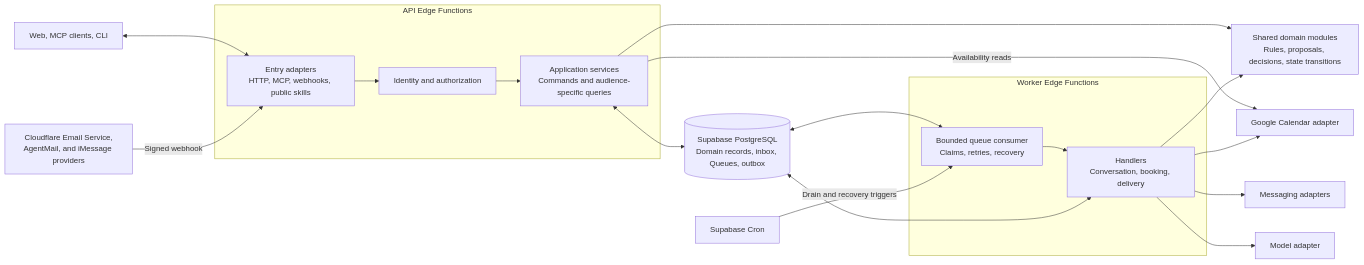
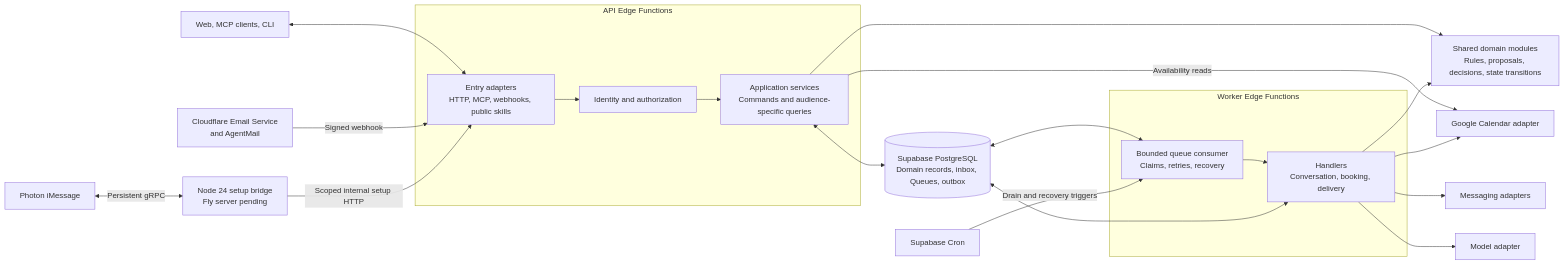
Before and after one commit to snuhcs-course/swpp-2026-project-team-01: the first of 2 diagrams in documentations/technical_specification/01_backend_architecture.md, drawn with Mermaid. The commit also changed other lines of this file and 10 other files, not shown here.

First line of the commit message:
docs(hosting): distinguish Fly preparation and trial limits from a live server

````diff
--- a/documentations/technical_specification/01_backend_architecture.md
+++ b/documentations/technical_specification/01_backend_architecture.md
@@ -15,35 +15,39 @@
 ```mermaid
 flowchart LR
     U["Web, MCP clients, CLI"]
-    P["Cloudflare Email Service,<br/>AgentMail, and iMessage providers"]
+    P["Cloudflare Email Service<br/>and AgentMail"]
+    PH["Photon iMessage"]
+    B["Node 24 setup bridge<br/>Fly server pending"]
     subgraph API[API Edge Functions]
         E["Entry adapters<br/>HTTP, MCP, webhooks, public skills"]
         A["Identity and authorization"]
         S["Application services<br/>Commands and audience-specific queries"]
     end
     subgraph Worker[Worker Edge Functions]
         J["Bounded queue consumer<br/>Claims, retries, recovery"]
         H["Handlers<br/>Conversation, booking, delivery"]
     end
     D["Shared domain modules<br/>Rules, proposals, decisions, state transitions"]
     DB[("Supabase PostgreSQL<br/>Domain records, inbox, Queues, outbox")]
     CR[Supabase Cron]
     G[Google Calendar adapter]
     M[Messaging adapters]
     L[Model adapter]
     U <--> E
     P -->|Signed webhook| E
+    PH <-->|Persistent gRPC| B
+    B -->|Scoped internal setup HTTP| E
     E --> A
     A --> S
     S --> D
     S <--> DB
     DB <--> J
     CR -->|Drain and recovery triggers| J
     J --> H
     H --> D
     H <--> DB
     S -->|Availability reads| G
     H --> G
     H --> M
     H --> L
 ```
````
